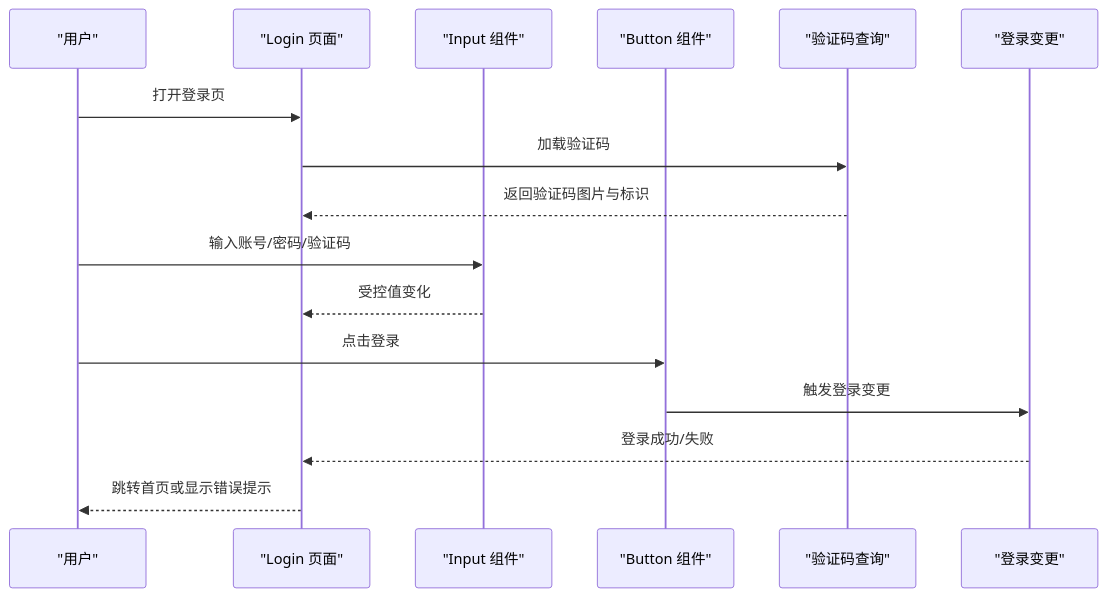
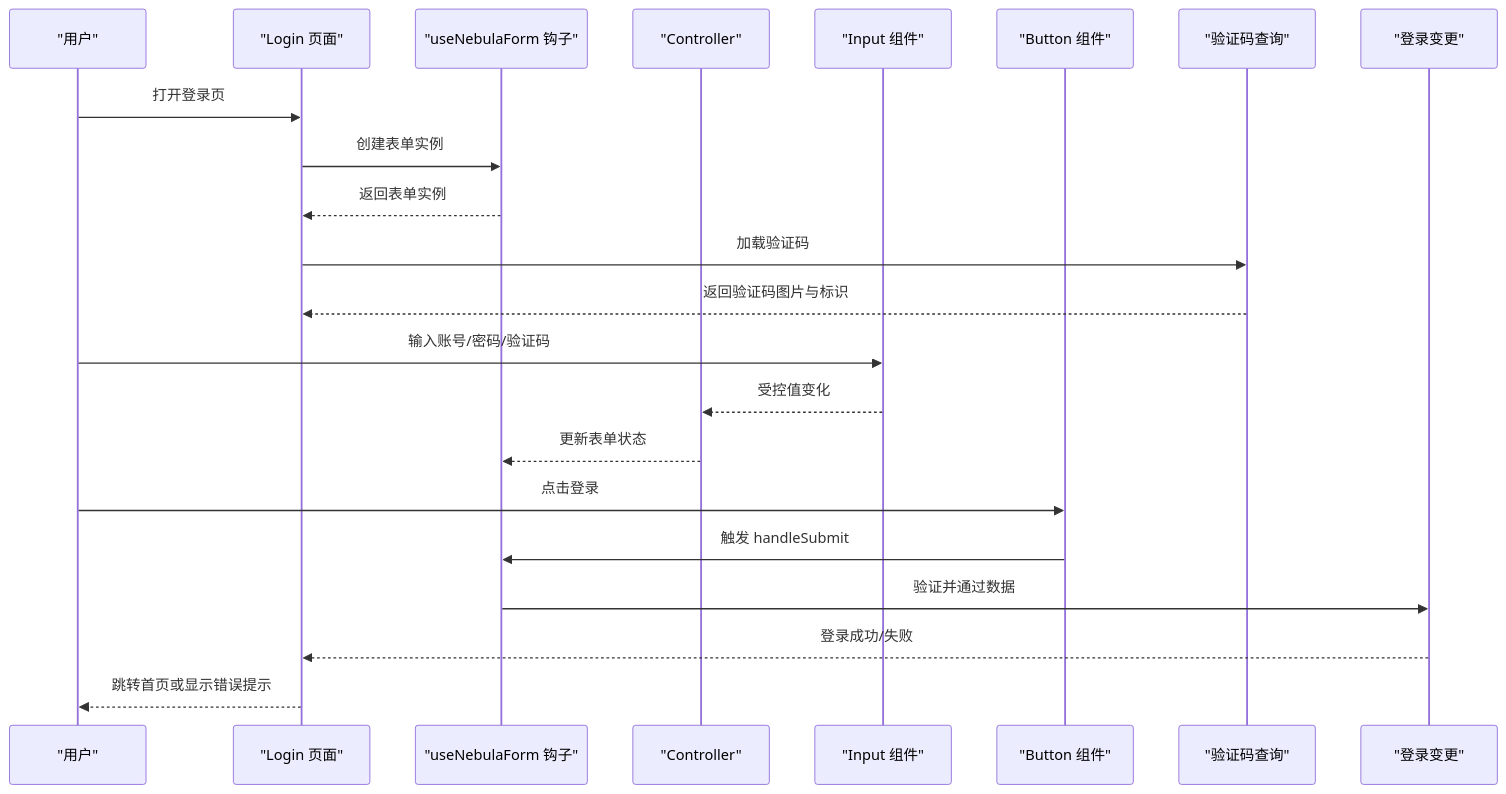
One commit to translateServers/nodes-stack changed the tenth of 11 diagrams in .qoder/repowiki/zh/content/前端系统/UI 组件库/UI 组件库.md. Above: the diagram before and after it, drawn with Mermaid. The commit also changed other lines of this file and 17 other files, not shown here.

````diff
--- a/.qoder/repowiki/zh/content/前端系统/UI 组件库/UI 组件库.md
+++ b/.qoder/repowiki/zh/content/前端系统/UI 组件库/UI 组件库.md
@@ -660,18 +698,24 @@
 ```mermaid
 sequenceDiagram
 participant U as "用户"
 participant P as "Login 页面"
+participant F as "useNebulaForm 钩子"
+participant C as "Controller"
 participant I as "Input 组件"
 participant B as "Button 组件"
 participant Q as "验证码查询"
 participant M as "登录变更"
 U->>P : 打开登录页
+P->>F : 创建表单实例
+F-->>P : 返回表单实例
 P->>Q : 加载验证码
 Q-->>P : 返回验证码图片与标识
 U->>I : 输入账号/密码/验证码
-I-->>P : 受控值变化
+I-->>C : 受控值变化
+C-->>F : 更新表单状态
 U->>B : 点击登录
-B->>M : 触发登录变更
+B->>F : 触发 handleSubmit
+F->>M : 验证并通过数据
 M-->>P : 登录成功/失败
 P-->>U : 跳转首页或显示错误提示
 ```
````
